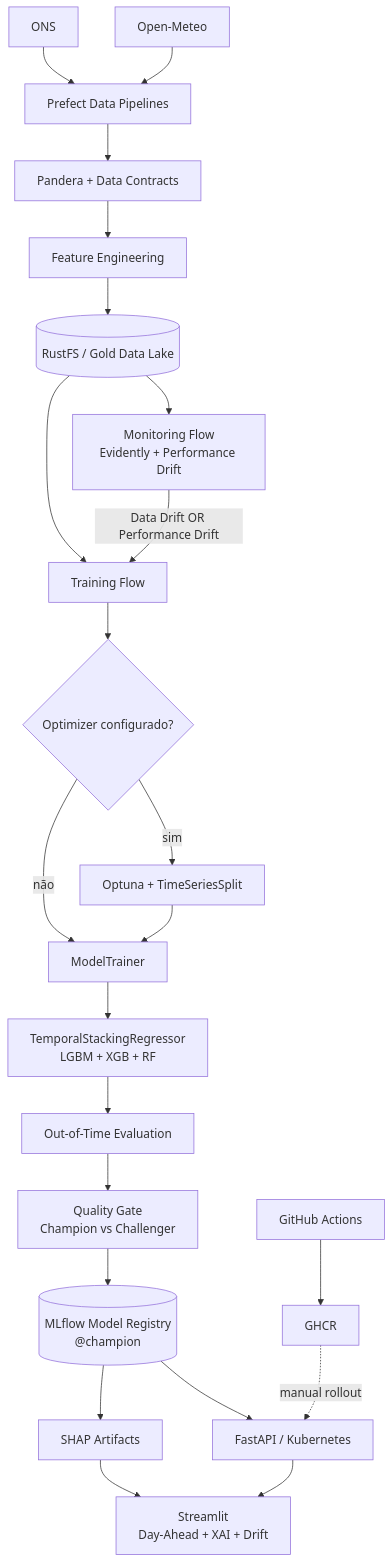
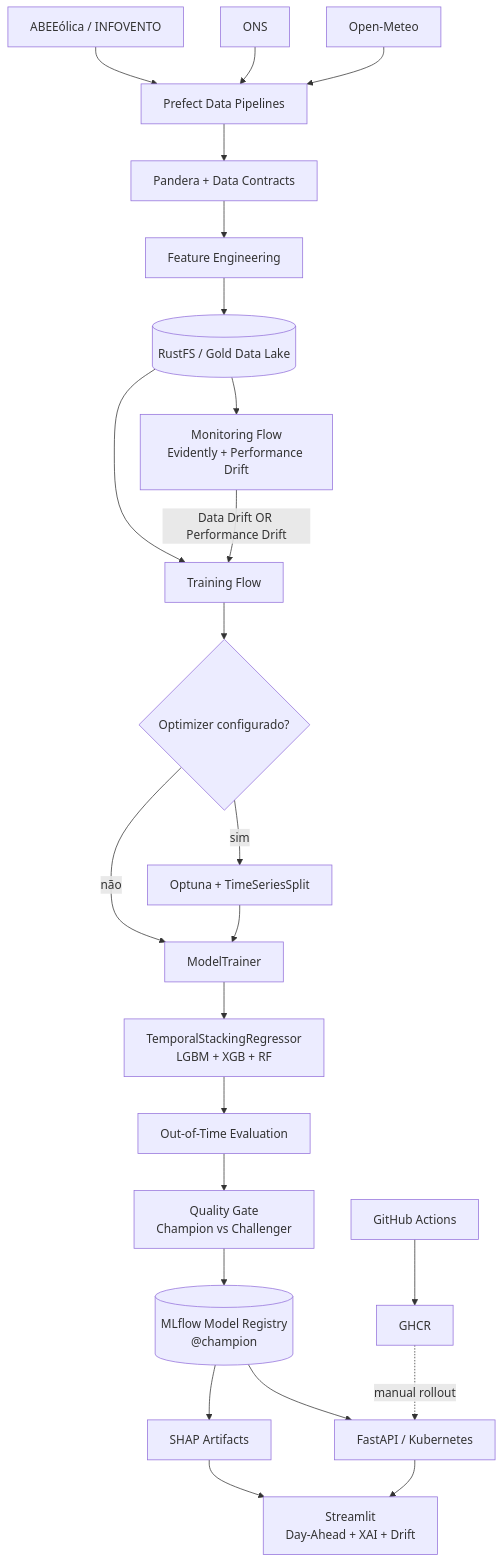
The diagram in README.md (wanderson42/renewable-energy-mlops), drawn with Mermaid before and after one commit. The commit also changed other lines of this file and 2 other files, not shown here.

````diff
--- a/README.md
+++ b/README.md
@@ -18,29 +18,30 @@
 ```mermaid
 flowchart TD
     OM[Open-Meteo] --> ING[Prefect Data Pipelines]
     ONS[ONS] --> ING
+    ABE[ABEEólica / INFOVENTO] --> ING
     ING --> VAL[Pandera + Data Contracts]
     VAL --> FE[Feature Engineering]
     FE --> GOLD[(RustFS / Gold Data Lake)]
 
     GOLD --> MON[Monitoring Flow\nEvidently + Performance Drift]
     GOLD --> TRAIN[Training Flow]
 
     MON -->|Data Drift OR Performance Drift| TRAIN
     TRAIN --> OPT{Optimizer configurado?}
     OPT -->|sim| OP[Optuna + TimeSeriesSplit]
     OPT -->|não| TR[ModelTrainer]
     OP --> TR
     TR --> STACK[TemporalStackingRegressor\nLGBM + XGB + RF]
     STACK --> OOT[Out-of-Time Evaluation]
     OOT --> GATE[Quality Gate\nChampion vs Challenger]
     GATE --> REG[(MLflow Model Registry\n@champion)]
 
     REG --> API[FastAPI / Kubernetes]
     API --> DASH[Streamlit\nDay-Ahead + XAI + Drift]
     REG --> XAI[SHAP Artifacts]
     XAI --> DASH
 
     GHA[GitHub Actions] --> GHCR[GHCR]
     GHCR -. manual rollout .-> API
 ```
````
